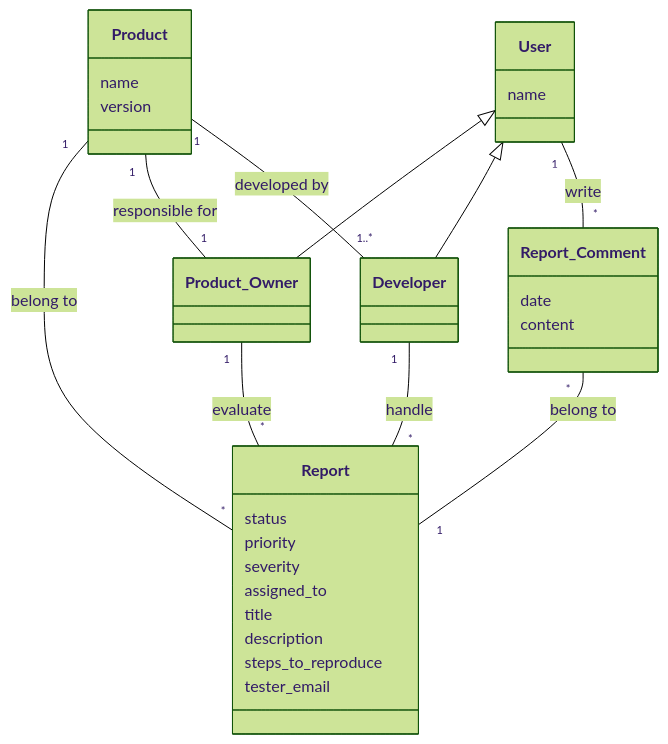
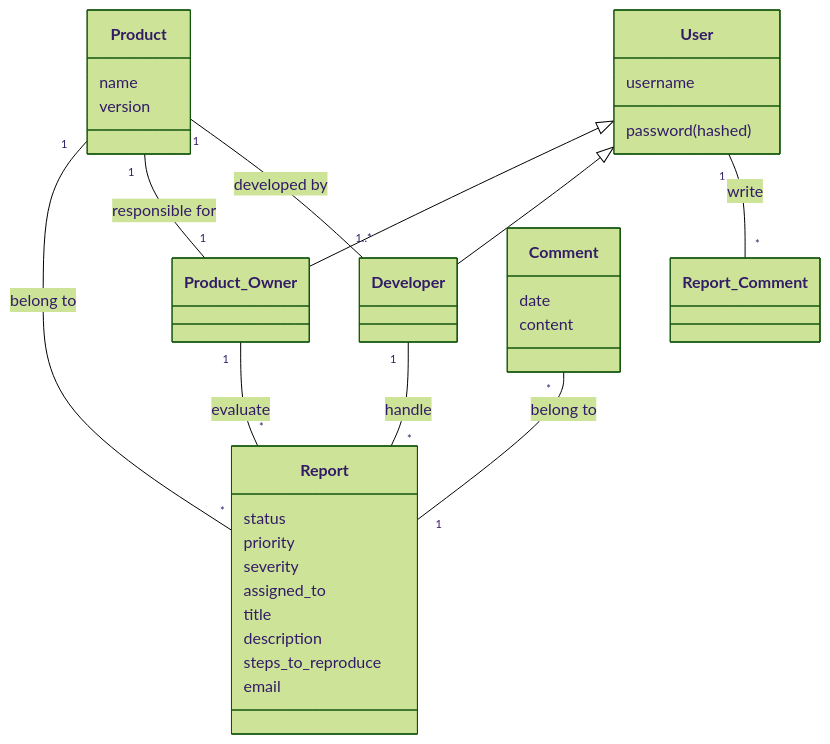
Before and after one commit to LinChengHao3606307/COMP_3297_Group_G_Project: the diagram in README.md, drawn with Mermaid (forest theme).

Commit message:
Updated domain model

````diff
--- a/README.md
+++ b/README.md
@@ -41,45 +41,46 @@
 ```mermaid
 classDiagram
 
     User <|-- Product_Owner 
     User <|-- Developer
     
     Product "1" -- "*" Report : belong to
     Product "1" -- "1" Product_Owner : responsible for
     Product "1" -- "1..*" Developer : developed by
     
     User "1" -- "*" Report_Comment : write
 
     Developer "1" -- "*" Report : handle
     Product_Owner "1" -- "*" Report : evaluate
 
-    Report_Comment "*" -- "1" Report : belong to
+    Comment "*" -- "1" Report : belong to
 
 
     class Product{
         name
         version
     }
 
     class Report{
         status
         priority
         severity
         assigned_to
         title
         description
         steps_to_reproduce
-        tester_email
+        email
     }
 
-    class Report_Comment{
+    class Comment{
         date
         content
     }
 
     class User{
-        name
+        username
+        password (hashed)
     }
     
 
 ```
````
